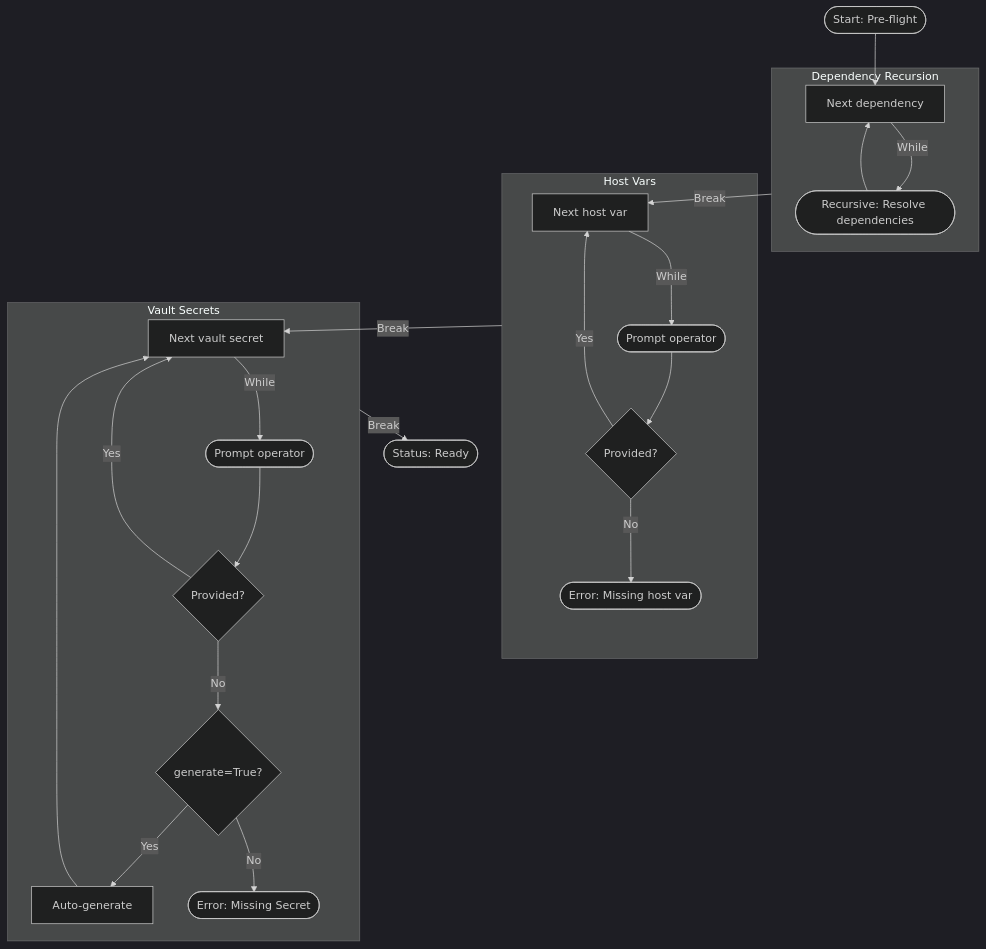
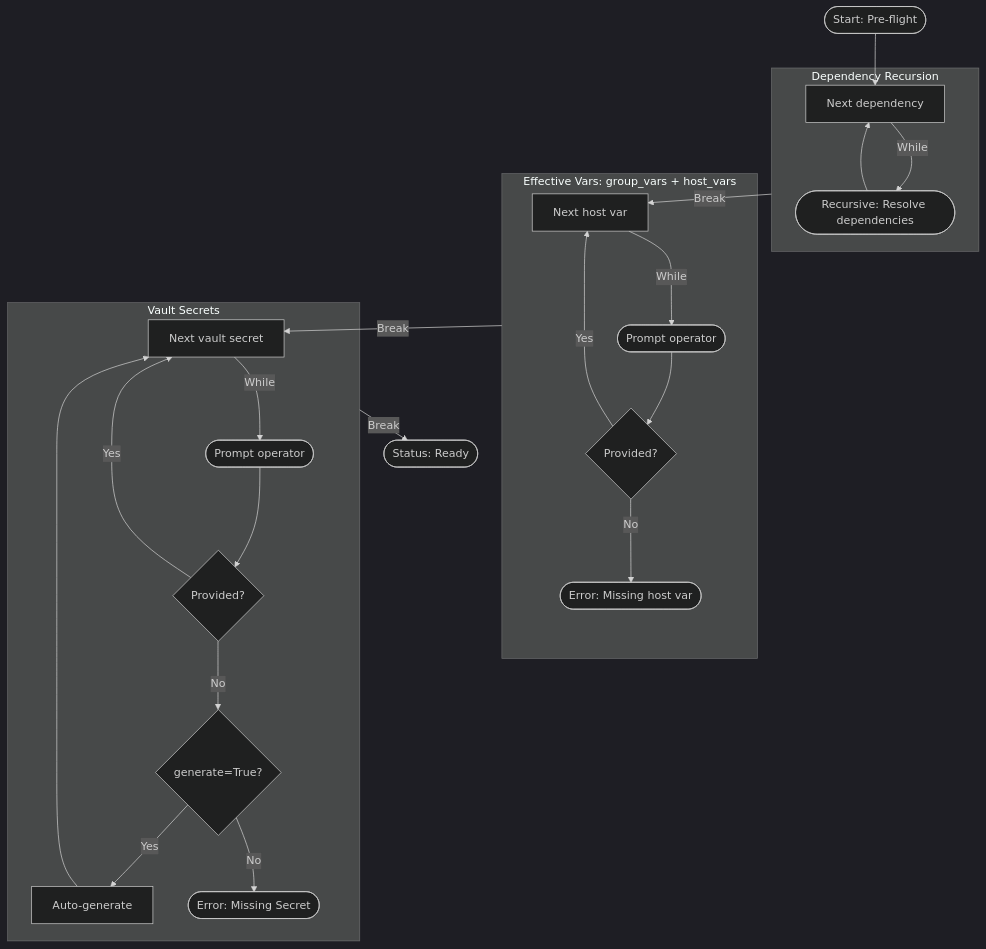
Before and after one commit to BinaryBand/raspberry-hi: the second of 3 diagrams in docs/SPECS.md, drawn with Mermaid (dark theme). The commit also changed other lines of this file and 7 other files, not shown here.

````diff
--- a/docs/SPECS.md
+++ b/docs/SPECS.md
@@ -109,47 +117,47 @@
 ```mermaid
 graph
   subgraph Deps [Dependency Recursion]
     NextDep[Next dependency]
     Recurse([Recursive: Resolve dependencies])
   end
 
-  subgraph Vars [Host Vars]
+  subgraph Vars [Effective Vars: group_vars + host_vars]
     NextVar[Next host var]
     PromptVar([Prompt operator])
     VarProvided{Provided?}
     VarError([Error: Missing host var])
   end
 
   subgraph Vault [Vault Secrets]
     NextSecret[Next vault secret]
     PromptSecret([Prompt operator])
     SecretProvided{Provided?}
     CanGenerate{generate=True?}
     AutoGen[Auto-generate]
     VaultError([Error: Missing Secret])
   end
 
   %% Phase 1: Dependency Recursion
   Start([Start: Pre-flight]) --> NextDep
   NextDep -- While --> Recurse
   Recurse --> NextDep
 
   %% Phase 2: Host Vars
   Deps -- Break --> NextVar
   NextVar -- While --> PromptVar
   PromptVar --> VarProvided
   VarProvided -- Yes --> NextVar
   VarProvided -- No --> VarError
 
   %% Phase 3: Vault Secrets
   Vars -- Break --> NextSecret
   NextSecret -- While --> PromptSecret
   PromptSecret --> SecretProvided
   SecretProvided -- Yes --> NextSecret
   SecretProvided -- No --> CanGenerate
   CanGenerate -- No --> VaultError
   CanGenerate -- Yes --> AutoGen
   AutoGen --> NextSecret
 
   Vault -- Break --> Ready([Status: Ready])
 ```
````
